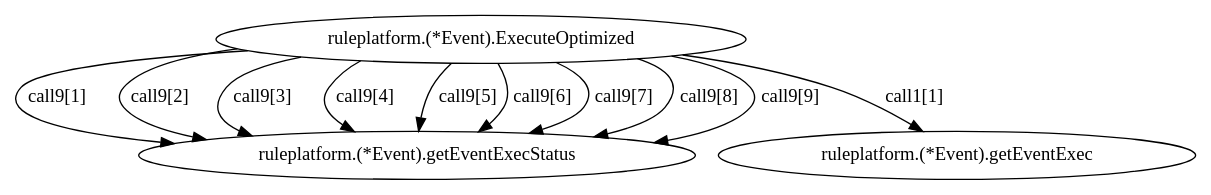
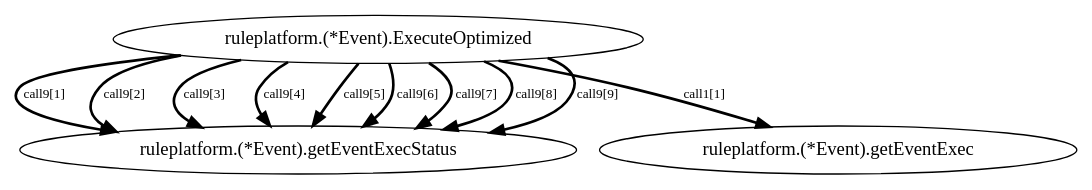
The diagram in call_graph.dot (wilebeast/awesomeCallGraph), drawn with Graphviz before and after one commit. The commit also changed 3 other files, not shown here.

```diff
--- a/call_graph.dot
+++ b/call_graph.dot
@@ -1,12 +1,13 @@
 digraph G {
+  edge [fontsize=10, penwidth=2];
 "ruleplatform.(*Event).ExecuteOptimized" -> "ruleplatform.(*Event).getEventExecStatus" [label="call9[1]", tooltip="{\n    \"arguments\": \"{\\\"ut\\\":12}}\",\n    \"result\": \"{\\\"X1\\\":1}\"\n}"]
 "ruleplatform.(*Event).ExecuteOptimized" -> "ruleplatform.(*Event).getEventExecStatus" [label="call9[2]", tooltip="{\n    \"arguments\": \"{\\\"ut\\\":12}}\",\n    \"result\": \"{\\\"X1\\\":1}\"\n}"]
 "ruleplatform.(*Event).ExecuteOptimized" -> "ruleplatform.(*Event).getEventExecStatus" [label="call9[3]", tooltip="{\n    \"arguments\": \"{\\\"ut\\\":12}}\",\n    \"result\": \"{\\\"X1\\\":1}\"\n}"]
 "ruleplatform.(*Event).ExecuteOptimized" -> "ruleplatform.(*Event).getEventExecStatus" [label="call9[4]", tooltip="{\n    \"arguments\": \"{\\\"ut\\\":12}}\",\n    \"result\": \"{\\\"X1\\\":1}\"\n}"]
 "ruleplatform.(*Event).ExecuteOptimized" -> "ruleplatform.(*Event).getEventExecStatus" [label="call9[5]", tooltip="{\n    \"arguments\": \"{\\\"ut\\\":12}}\",\n    \"result\": \"{\\\"X1\\\":1}\"\n}"]
 "ruleplatform.(*Event).ExecuteOptimized" -> "ruleplatform.(*Event).getEventExecStatus" [label="call9[6]", tooltip="{\n    \"arguments\": \"{\\\"ut\\\":12}}\",\n    \"result\": \"{\\\"X1\\\":1}\"\n}"]
 "ruleplatform.(*Event).ExecuteOptimized" -> "ruleplatform.(*Event).getEventExecStatus" [label="call9[7]", tooltip="{\n    \"arguments\": \"{\\\"ut\\\":12}}\",\n    \"result\": \"{\\\"X1\\\":1}\"\n}"]
 "ruleplatform.(*Event).ExecuteOptimized" -> "ruleplatform.(*Event).getEventExecStatus" [label="call9[8]", tooltip="{\n    \"arguments\": \"{\\\"ut\\\":12}}\",\n    \"result\": \"{\\\"X1\\\":1}\"\n}"]
 "ruleplatform.(*Event).ExecuteOptimized" -> "ruleplatform.(*Event).getEventExecStatus" [label="call9[9]", tooltip="{\n    \"arguments\": \"{\\\"ut\\\":12}}\",\n    \"result\": \"{\\\"X1\\\":1}\"\n}"]
 "ruleplatform.(*Event).ExecuteOptimized" -> "ruleplatform.(*Event).getEventExec" [label="call1[1]", tooltip="{\n    \"arguments\": \"{\\\"ut\\\":12}}\",\n    \"result\": \"{\\\"X1\\\":1}\"\n}"]
 }
```
